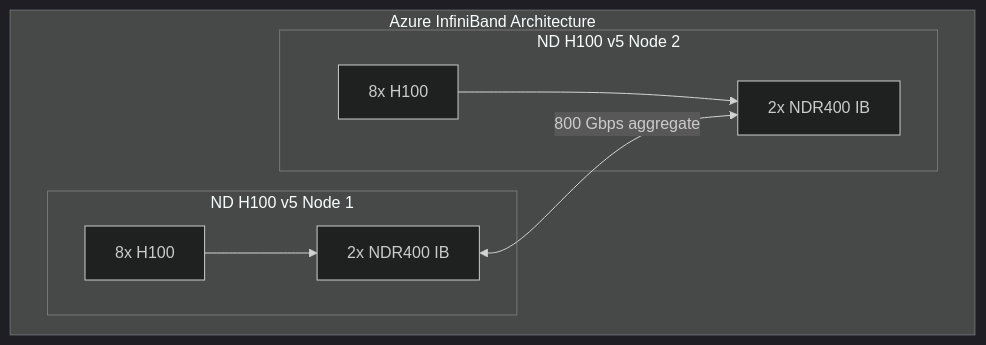
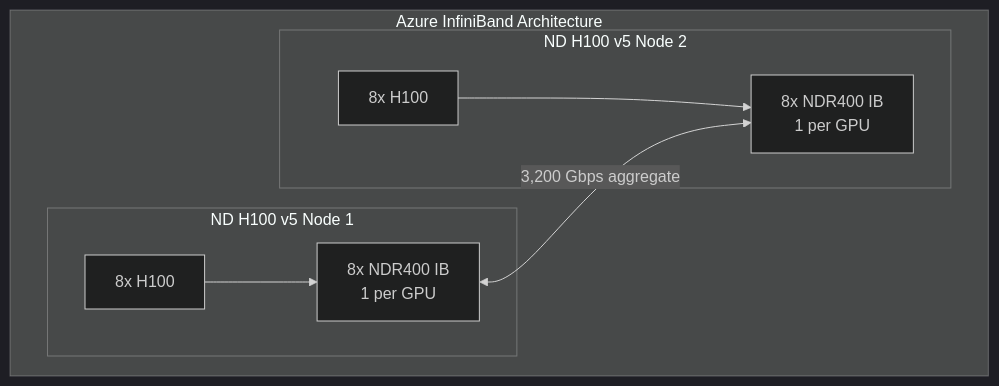
One commit to Mirantis-PS/k0rdent-ai-training changed the eighth of 9 diagrams in curriculum/week-5-ai-workloads/theory/5.3-gpu-communication.md. Above: the diagram before and after it, drawn with Mermaid (dark theme). The commit also changed other lines of this file and 66 other files, not shown here.

````diff
--- a/curriculum/week-5-ai-workloads/theory/5.3-gpu-communication.md
+++ b/curriculum/week-5-ai-workloads/theory/5.3-gpu-communication.md
@@ -353,14 +355,14 @@
 ```mermaid
 flowchart TB
     subgraph "Azure InfiniBand Architecture"
         subgraph "ND H100 v5 Node 1"
-            AGPU1[8x H100] --> ANIC1[2x NDR400 IB]
+            AGPU1[8x H100] --> ANIC1[8x NDR400 IB<br/>1 per GPU]
         end
 
         subgraph "ND H100 v5 Node 2"
-            AGPU2[8x H100] --> ANIC2[2x NDR400 IB]
+            AGPU2[8x H100] --> ANIC2[8x NDR400 IB<br/>1 per GPU]
         end
 
-        ANIC1 <-->|800 Gbps aggregate| ANIC2
+        ANIC1 <-->|3,200 Gbps aggregate| ANIC2
     end
 ```
````
